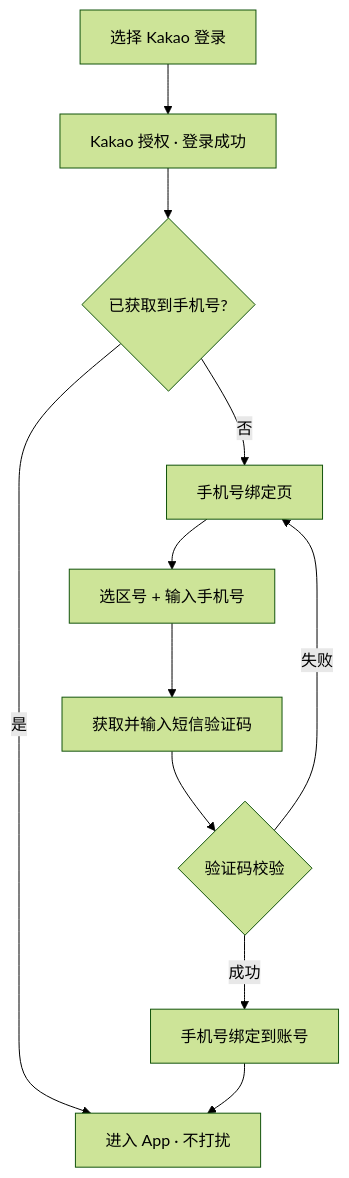
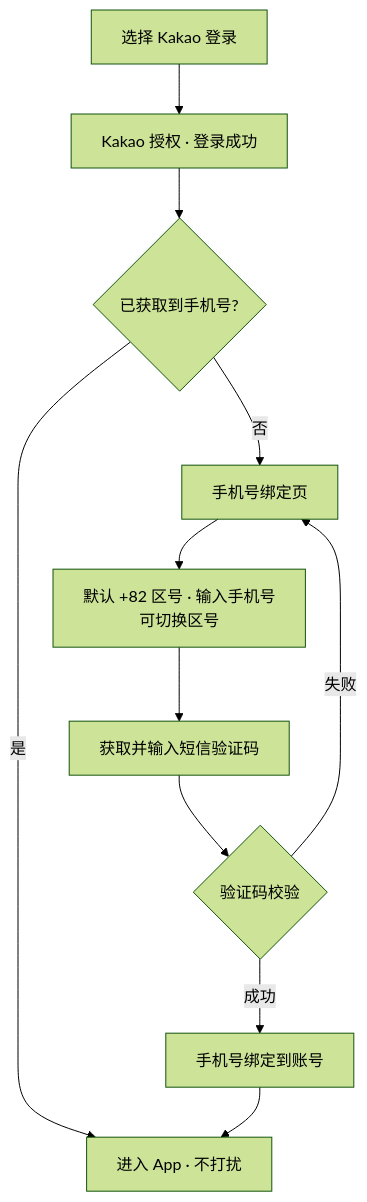
One commit to cyanlee888/cyan changed the second of 2 diagrams in V1.3.1-产品需求文档-PRD.md. Above: the diagram before and after it, drawn with Mermaid (forest theme). The commit also changed other lines of this file and 2 other files, not shown here.

````diff
--- a/V1.3.1-产品需求文档-PRD.md
+++ b/V1.3.1-产品需求文档-PRD.md
@@ -140,13 +188,13 @@
 ```mermaid
 flowchart TB
   Start[选择 Kakao 登录] --> Auth[Kakao 授权 · 登录成功]
   Auth --> Has{已获取到手机号?}
   Has -->|是| App[进入 App · 不打扰]
   Has -->|否| Bind[手机号绑定页]
-  Bind --> Input[选区号 + 输入手机号]
+  Bind --> Input[默认 +82 区号 · 输入手机号<br/>可切换区号]
   Input --> Code[获取并输入短信验证码]
   Code --> Verify{验证码校验}
   Verify -->|失败| Bind
   Verify -->|成功| Bound[手机号绑定到账号]
   Bound --> App
 ```
````
